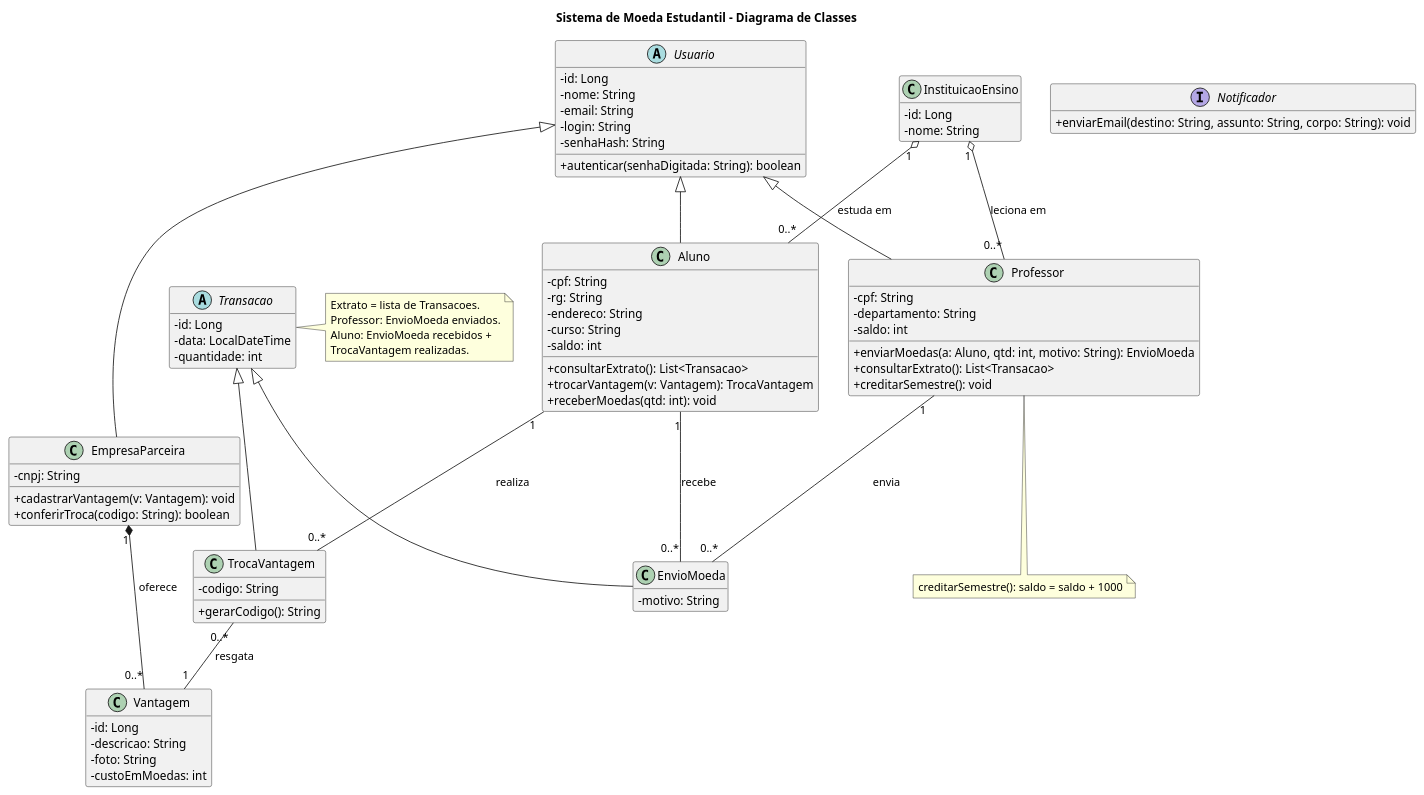
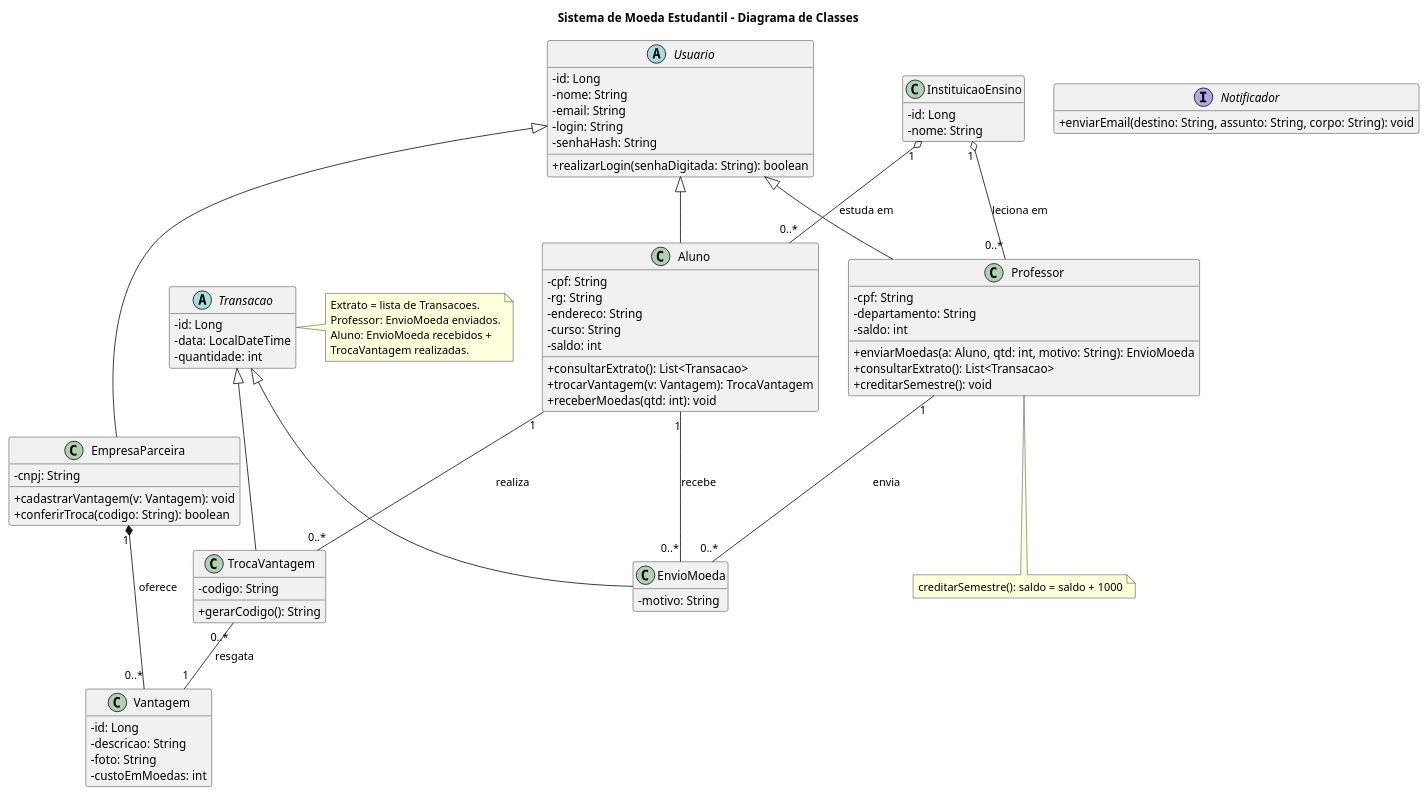
One commit to fillmello/lab03_rounds changed the diagram in docs/diagramas/diagrama-de-classes.puml. Above: the diagram before and after it, drawn with PlantUML. The commit also changed 7 other files, not shown here.

```diff
--- a/docs/diagramas/diagrama-de-classes.puml
+++ b/docs/diagramas/diagrama-de-classes.puml
@@ -1,100 +1,100 @@
 @startuml diagrama-de-classes
 title Sistema de Moeda Estudantil - Diagrama de Classes
 skinparam classAttributeIconSize 0
 skinparam shadowing false
 hide empty members
 
 abstract class Usuario {
   -id: Long
   -nome: String
   -email: String
   -login: String
   -senhaHash: String
-  +autenticar(senhaDigitada: String): boolean
+  +realizarLogin(senhaDigitada: String): boolean
 }
 
 class Aluno {
   -cpf: String
   -rg: String
   -endereco: String
   -curso: String
   -saldo: int
   +consultarExtrato(): List<Transacao>
   +trocarVantagem(v: Vantagem): TrocaVantagem
   +receberMoedas(qtd: int): void
 }
 
 class Professor {
   -cpf: String
   -departamento: String
   -saldo: int
   +enviarMoedas(a: Aluno, qtd: int, motivo: String): EnvioMoeda
   +consultarExtrato(): List<Transacao>
   +creditarSemestre(): void
 }
 
 class EmpresaParceira {
   -cnpj: String
   +cadastrarVantagem(v: Vantagem): void
   +conferirTroca(codigo: String): boolean
 }
 
 class InstituicaoEnsino {
   -id: Long
   -nome: String
 }
 
 class Vantagem {
   -id: Long
   -descricao: String
   -foto: String
   -custoEmMoedas: int
 }
 
 abstract class Transacao {
   -id: Long
   -data: LocalDateTime
   -quantidade: int
 }
 
 class EnvioMoeda {
   -motivo: String
 }
 
 class TrocaVantagem {
   -codigo: String
   +gerarCodigo(): String
 }
 
 interface Notificador {
   +enviarEmail(destino: String, assunto: String, corpo: String): void
 }
 
 Usuario <|-- Aluno
 Usuario <|-- Professor
 Usuario <|-- EmpresaParceira
 
 Transacao <|-- EnvioMoeda
 Transacao <|-- TrocaVantagem
 
 InstituicaoEnsino "1" o-- "0..*" Aluno : estuda em
 InstituicaoEnsino "1" o-- "0..*" Professor : leciona em
 
 Professor "1" -- "0..*" EnvioMoeda : envia
 Aluno "1" -- "0..*" EnvioMoeda : recebe
 Aluno "1" -- "0..*" TrocaVantagem : realiza
 TrocaVantagem "0..*" -- "1" Vantagem : resgata
 EmpresaParceira "1" *-- "0..*" Vantagem : oferece
 
 note right of Transacao
   Extrato = lista de Transacoes.
   Professor: EnvioMoeda enviados.
   Aluno: EnvioMoeda recebidos +
   TrocaVantagem realizadas.
 end note
 
 note bottom of Professor
   creditarSemestre(): saldo = saldo + 1000
 end note
 
 @enduml
```
